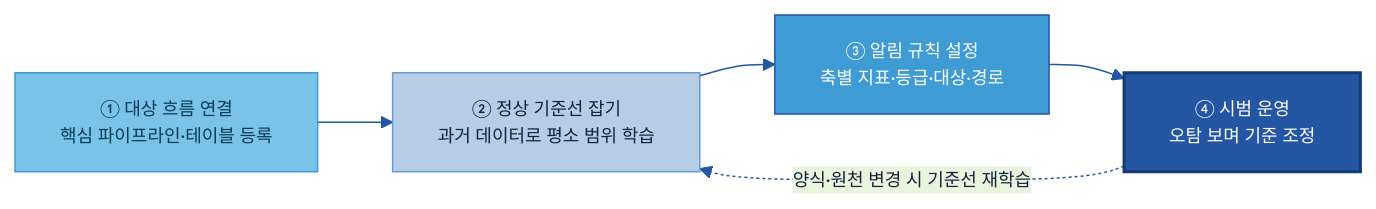
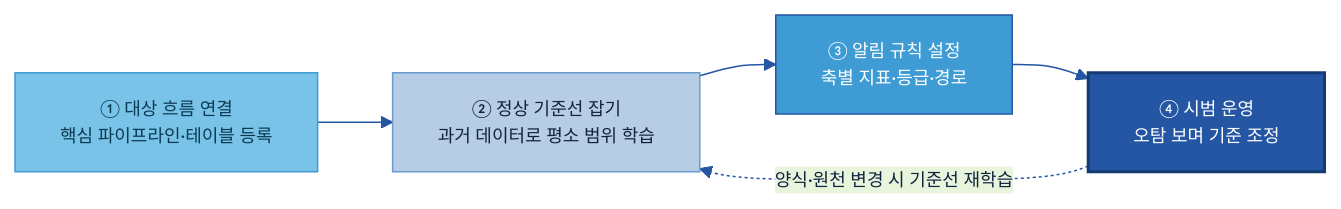
Before and after one commit to jin-kearney/ai-ready-data-manual: the third of 4 diagrams in 가이드 작성/C-1 Observability/C-1 Observability.md, drawn with Mermaid. The commit also changed other lines of this file and 3 other files, not shown here.

````diff
--- a/가이드 작성/C-1 Observability/C-1 Observability.md
+++ b/가이드 작성/C-1 Observability/C-1 Observability.md
@@ -283,14 +283,14 @@
 ```mermaid
 %%{init: {'theme':'base','themeVariables':{'primaryColor':'#DCE8F5','primaryBorderColor':'#2456A4','primaryTextColor':'#10243f','lineColor':'#2456A4','fontSize':'12px'}}}%%
 flowchart LR
     S1["① 대상 흐름 연결<br/>핵심 파이프라인·테이블 등록"]:::src
     S2["② 정상 기준선 잡기<br/>과거 데이터로 평소 범위 학습"]:::n
-    S3["③ 알림 규칙 설정<br/>축별 지표·등급·대상·경로"]:::gate
+    S3["③ 알림 규칙 설정<br/>축별 지표·등급·경로"]:::gate
     S4["④ 시범 운영<br/>오탐 보며 기준 조정"]:::cat
     S1 --> S2 --> S3 --> S4
     S4 -.양식·원천 변경 시 기준선 재학습.-> S2
     classDef n fill:#B7CDE6,stroke:#6B9AD1,color:#10243f;
     classDef src fill:#79C3E8,stroke:#3F9BD4,color:#0b3a52;
     classDef gate fill:#3F9BD4,stroke:#2456A4,color:#fff;
     classDef cat fill:#2456A4,color:#fff,stroke:#163a73,stroke-width:2px;
 ```
````
